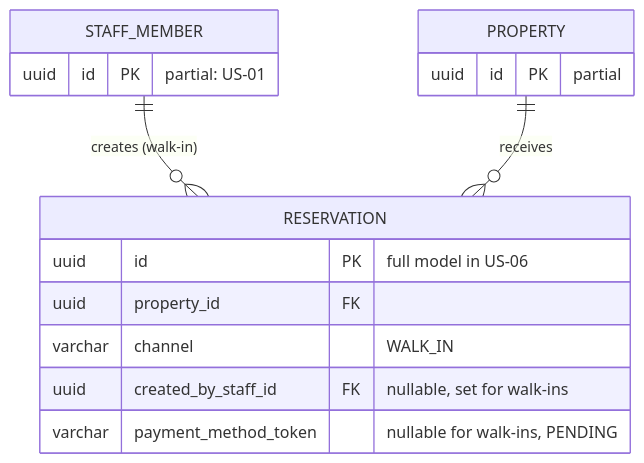
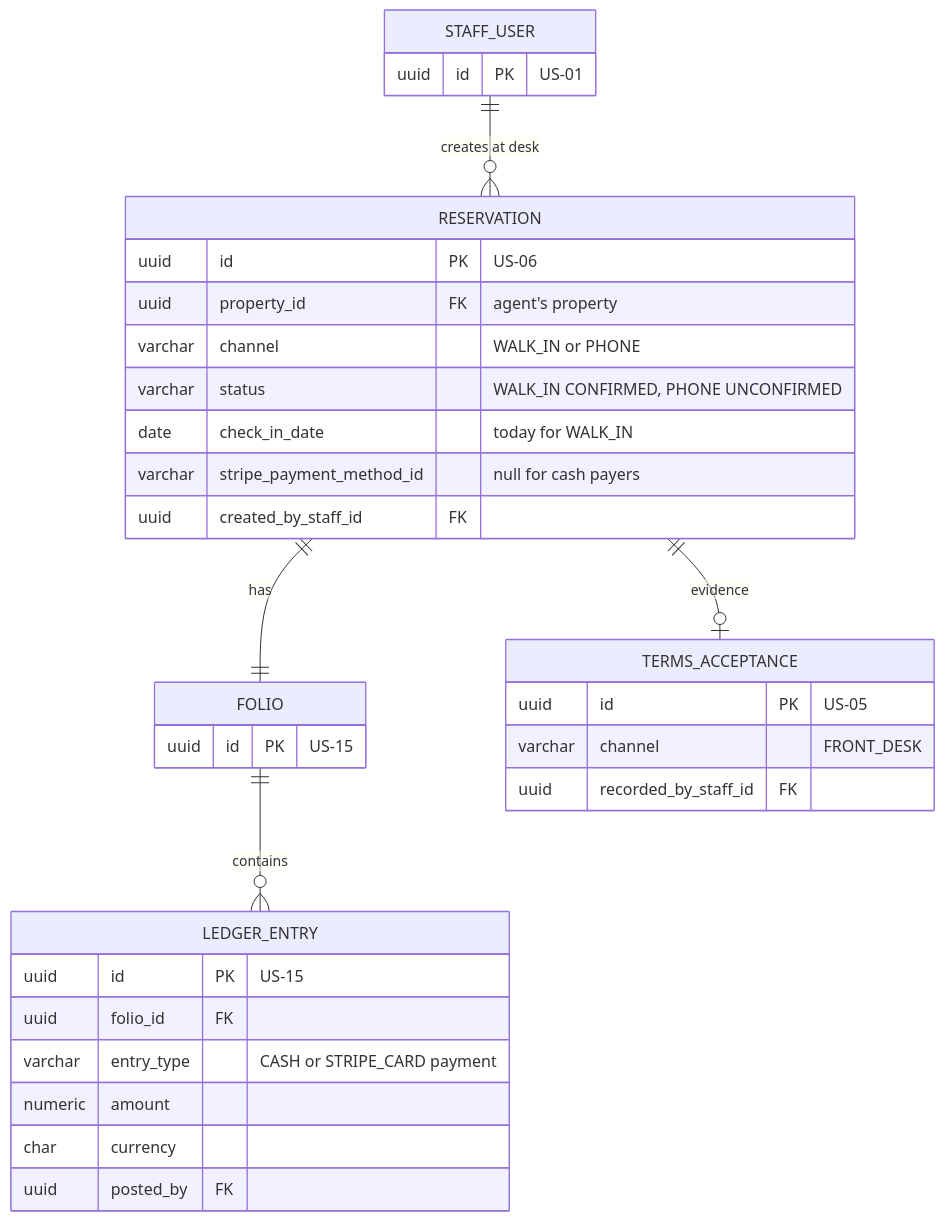
The second of 3 diagrams in docs/Initial Requirements/Diagrams/US-09 - Walk-in Reservation.md (BraceroInSabot/Motel-Starmie), drawn with Mermaid before and after one commit. The commit also changed other lines of this file and 51 other files, not shown here.

````diff
--- a/docs/Initial Requirements/Diagrams/US-09 - Walk-in Reservation.md
+++ b/docs/Initial Requirements/Diagrams/US-09 - Walk-in Reservation.md
@@ -122,19 +130,36 @@
 ```mermaid
 erDiagram
-    STAFF_MEMBER ||--o{ RESERVATION : "creates (walk-in)"
-    PROPERTY ||--o{ RESERVATION : "receives"
+    RESERVATION ||--|| FOLIO : "has"
+    FOLIO ||--o{ LEDGER_ENTRY : "contains"
+    RESERVATION ||--o| TERMS_ACCEPTANCE : "evidence"
+    STAFF_USER ||--o{ RESERVATION : "creates at desk"
 
     RESERVATION {
-        uuid id PK "full model in US-06"
-        uuid property_id FK
-        varchar channel "WALK_IN"
-        uuid created_by_staff_id FK "nullable, set for walk-ins"
-        varchar payment_method_token "nullable for walk-ins, PENDING"
+        uuid id PK "US-06"
+        uuid property_id FK "agent's property"
+        varchar channel "WALK_IN or PHONE"
+        varchar status "WALK_IN CONFIRMED, PHONE UNCONFIRMED"
+        date check_in_date "today for WALK_IN"
+        varchar stripe_payment_method_id "null for cash payers"
+        uuid created_by_staff_id FK
     }
-    STAFF_MEMBER {
-        uuid id PK "partial: US-01"
+    LEDGER_ENTRY {
+        uuid id PK "US-15"
+        uuid folio_id FK
+        varchar entry_type "CASH or STRIPE_CARD payment"
+        numeric amount
+        char currency
+        uuid posted_by FK
     }
-    PROPERTY {
-        uuid id PK "partial"
+    TERMS_ACCEPTANCE {
+        uuid id PK "US-05"
+        varchar channel "FRONT_DESK"
+        uuid recorded_by_staff_id FK
+    }
+    FOLIO {
+        uuid id PK "US-15"
+    }
+    STAFF_USER {
+        uuid id PK "US-01"
     }
 ```
````
